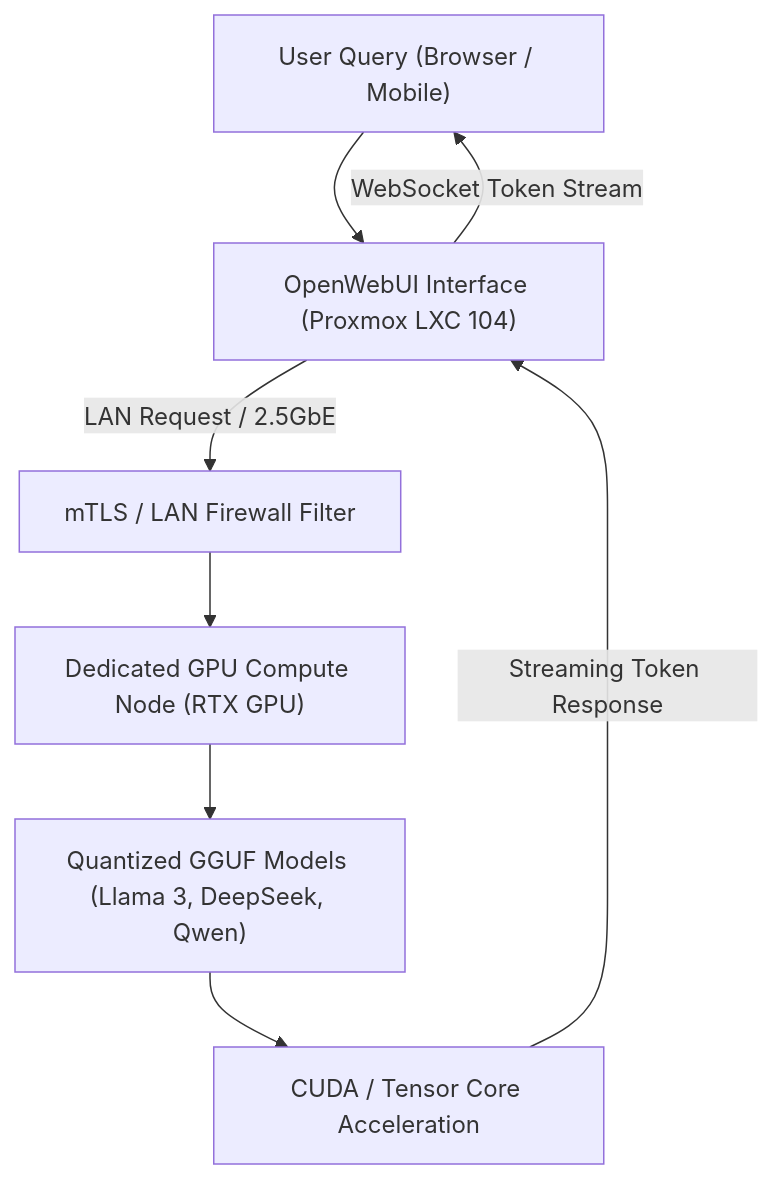
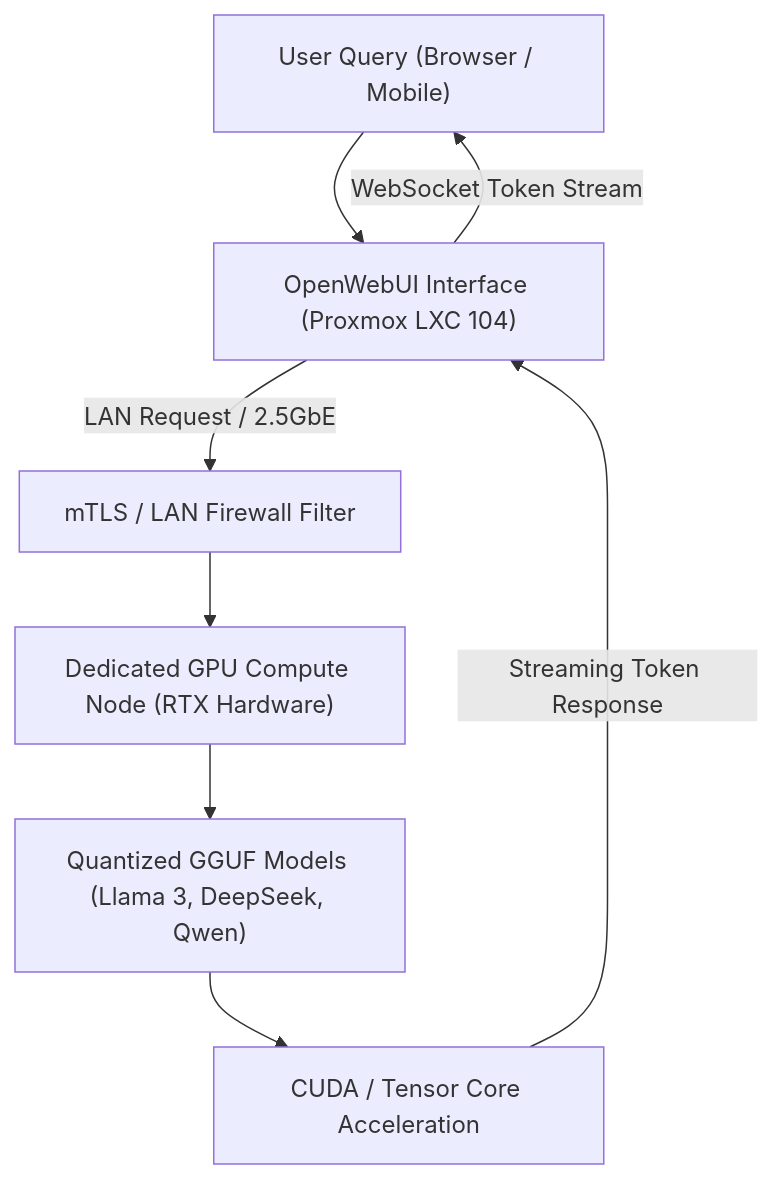
One commit to IAndrexI/documentation changed the diagram in docs/apps/aivault.md. Above: the diagram before and after it, drawn with Mermaid. The commit also changed other lines of this file and 6 other files, not shown here.

Commit message:
feat: align design with portfolio, add subfolder deep-dives, line-by-line code breakdowns, and spacious charts

````diff
--- a/docs/apps/aivault.md
+++ b/docs/apps/aivault.md
@@ -9,10 +9,10 @@
 ```mermaid
 graph TD
     Client["User Query (Browser / Mobile)"] --> OpenWebUI["OpenWebUI Interface (Proxmox LXC 104)"]
     OpenWebUI -->|LAN Request / 2.5GbE| Auth["mTLS / LAN Firewall Filter"]
-    Auth --> OllamaServer["Dedicated GPU Compute Node (RTX GPU)"]
+    Auth --> OllamaServer["Dedicated GPU Compute Node (RTX Hardware)"]
     OllamaServer --> ModelWeights["Quantized GGUF Models (Llama 3, DeepSeek, Qwen)"]
     ModelWeights --> InferenceEngine["CUDA / Tensor Core Acceleration"]
     InferenceEngine -->|Streaming Token Response| OpenWebUI
     OpenWebUI -->|WebSocket Token Stream| Client
 ```
````
